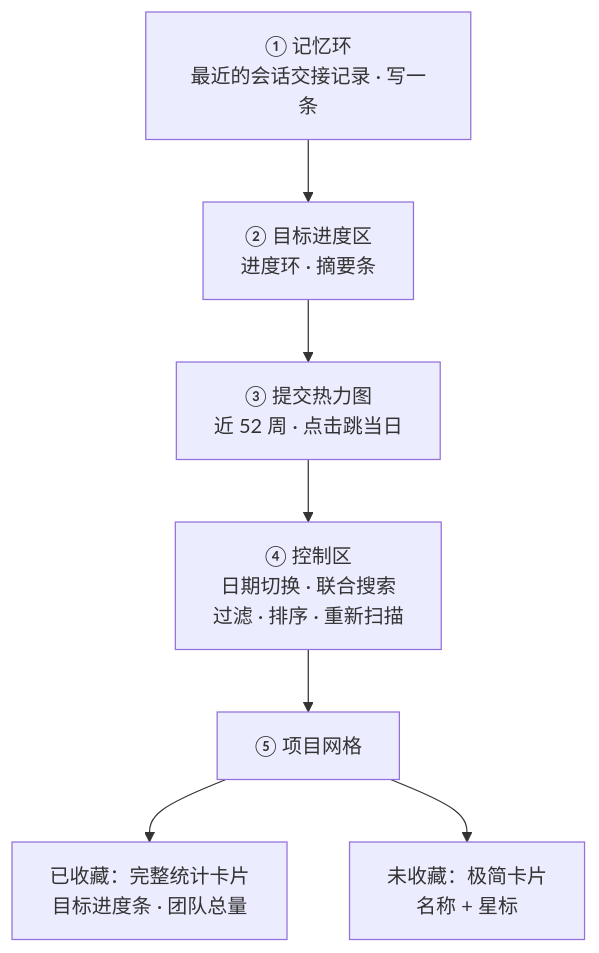
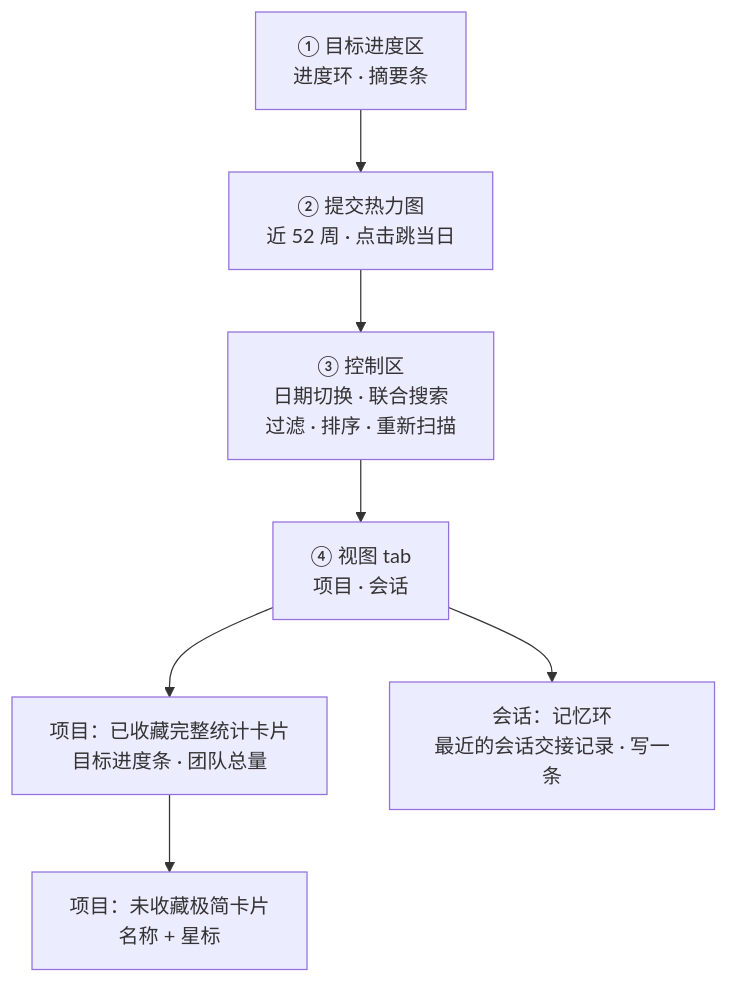
Before and after one commit to sky-jiangcheng/cinder: the diagram in docs/features/dashboard.md, drawn with Mermaid. The commit also changed other lines of this file and 11 other files, not shown here.

````diff
--- a/docs/features/dashboard.md
+++ b/docs/features/dashboard.md
@@ -16,9 +16,9 @@
 ```mermaid
 flowchart TB
-    RING["① 记忆环<br/>最近的会话交接记录 · 写一条"] --> GOAL["② 目标进度区<br/>进度环 · 摘要条"]
-    GOAL --> HEAT["③ 提交热力图<br/>近 52 周 · 点击跳当日"]
-    HEAT --> CTRL["④ 控制区<br/>日期切换 · 联合搜索<br/>过滤 · 排序 · 重新扫描"]
-    CTRL --> GRID["⑤ 项目网格"]
-    GRID --> STAR["已收藏：完整统计卡片<br/>目标进度条 · 团队总量"]
-    GRID --> PLAIN["未收藏：极简卡片<br/>名称 + 星标"]
+    GOAL["① 目标进度区<br/>进度环 · 摘要条"] --> HEAT["② 提交热力图<br/>近 52 周 · 点击跳当日"]
+    HEAT --> CTRL["③ 控制区<br/>日期切换 · 联合搜索<br/>过滤 · 排序 · 重新扫描"]
+    CTRL --> TAB["④ 视图 tab<br/>项目 · 会话"]
+    TAB --> GRID["项目：已收藏完整统计卡片<br/>目标进度条 · 团队总量"]
+    GRID --> PLAIN["项目：未收藏极简卡片<br/>名称 + 星标"]
+    TAB --> RING["会话：记忆环<br/>最近的会话交接记录 · 写一条"]
 ```
````
